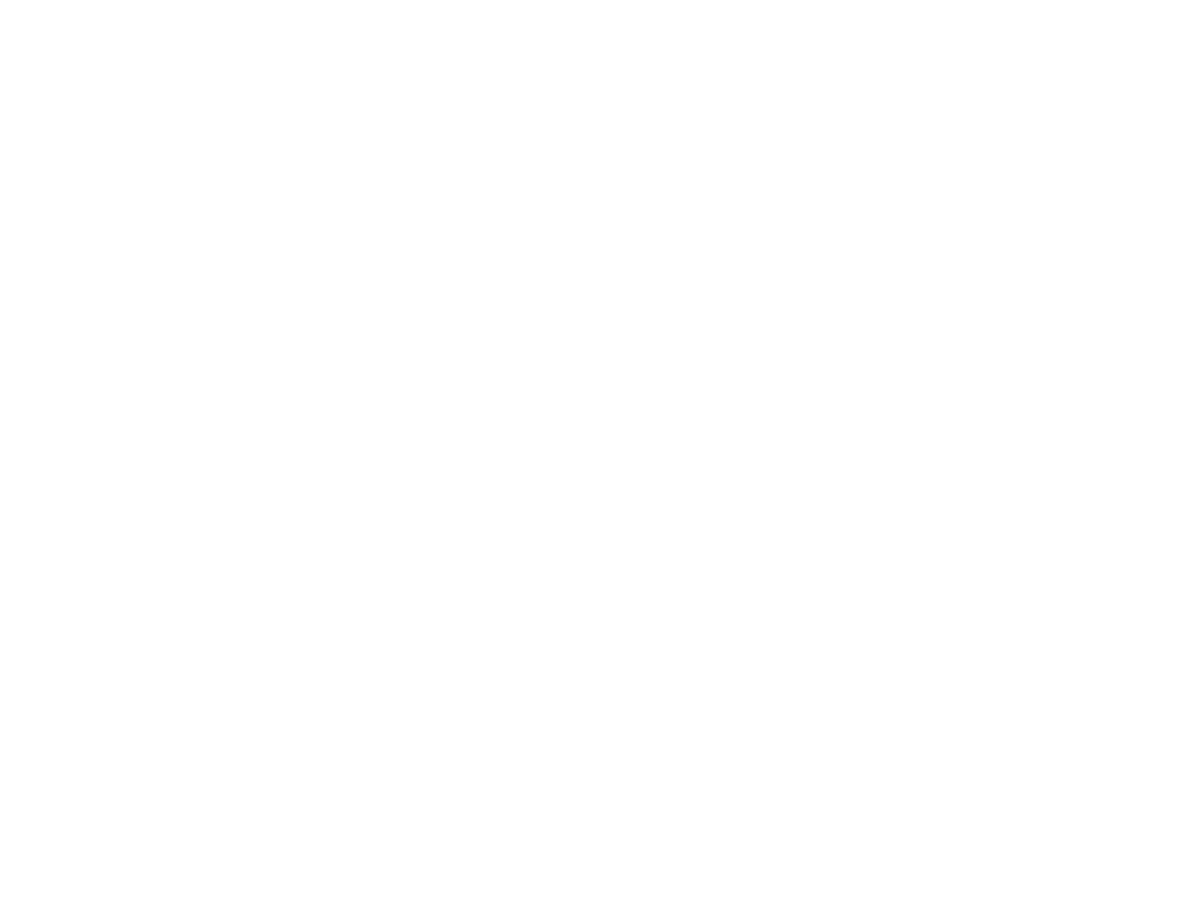
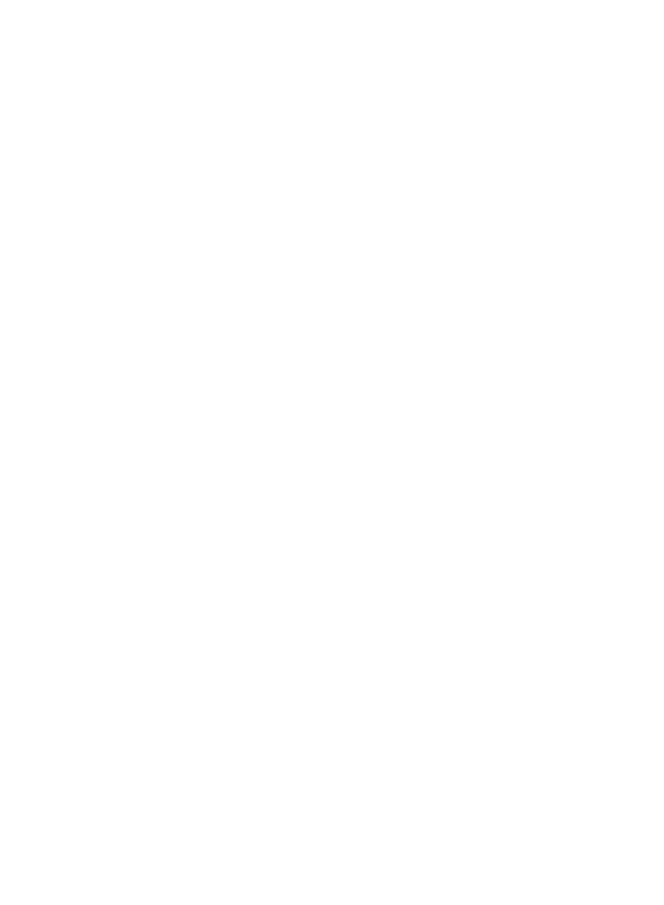
One commit to basictask/Intelligencia changed the diagram in 6_dql/doc/graphs/dql_7.dot. Above: the diagram before and after it, drawn with Graphviz. The commit also changed 45 other files, not shown here.

```diff
--- a/6_dql/doc/graphs/dql_7.dot
+++ b/6_dql/doc/graphs/dql_7.dot
@@ -1,19 +1,19 @@
 digraph dql {
     graph[dpi=300]
     //rankdir="LR"
 
     cost [label="J(θ)", shape="rectangle"]
     env [label="Környezet", shape="rectangle"]
     actor [label="Aktor\nhálózat", shape="rectangle"]
     critic [label="Kritikus\nhálózat", shape="rectangle"]
 
     {rank="same"; actor critic}
 
-    cost -> actor [label="   "]
-    cost -> critic [label="   "]
+    cost -> actor [label="∇    "]
+    cost -> critic [label="∇"]
     critic -> cost [label="V(s)"]
-    actor -> env [label="Cselekvés"]
-    env -> actor [label="Állapot"]
-    env -> critic [label="Állapot"]
-    env -> critic [label=" Jutalom"]
+    actor -> env [label="a"]
+    env -> actor [label="s"]
+    env -> critic [label="s  "]
+    env -> critic [label="r"]
 }
```
